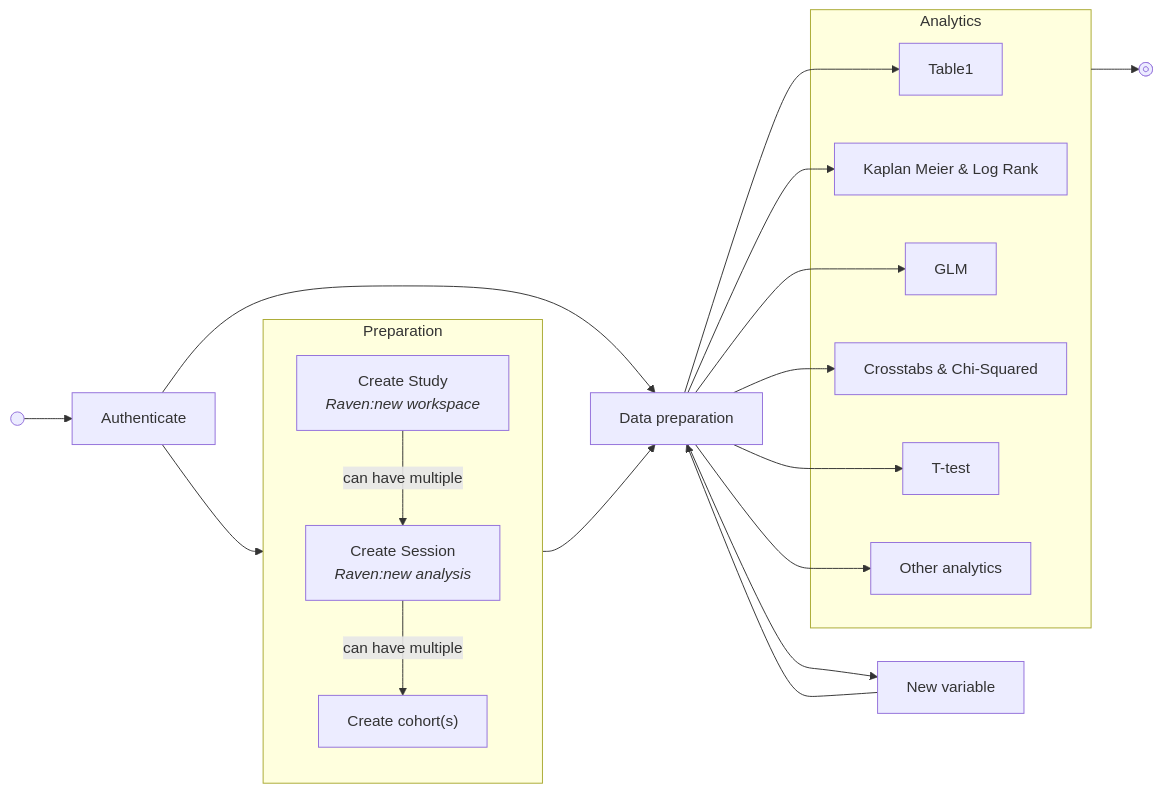
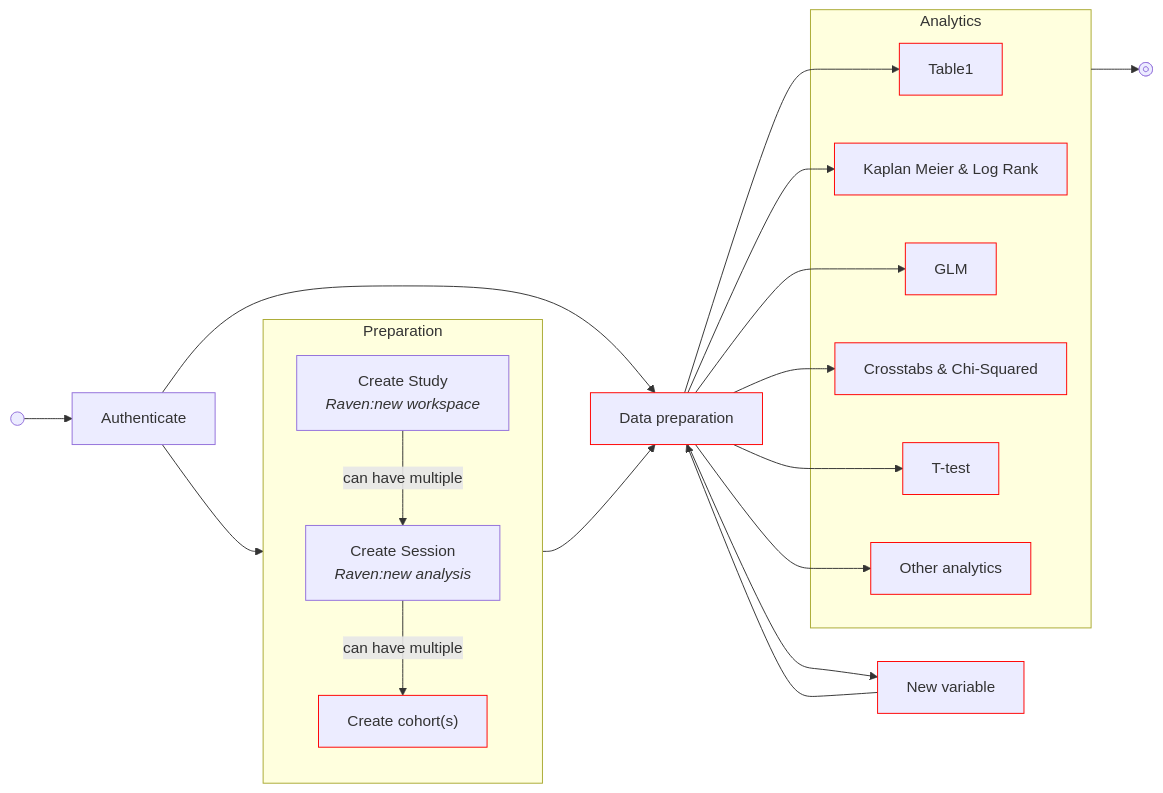
One commit to IKNL/idea4rc-vantage6-algorithms changed the first of 2 diagrams in deliverables/README.md. Above: the diagram before and after it, drawn with Mermaid.

Commit message:
Accented vantage6 tasks in the documentation graphs

````diff
--- a/deliverables/README.md
+++ b/deliverables/README.md
@@ -14,49 +14,52 @@
 ```mermaid
 flowchart LR
+
+classDef task stroke:#f00
 
 start@{ shape: sm-circ, label: "Start" }
 stop@{ shape: framed-circle, label: "Stop" }
 authentication@{label: "Authenticate"}
 study@{label: "Create Study\n*Raven:new workspace*"}
 session@{label: "Create Session\n*Raven:new analysis*"}
 cohort@{label: "Create cohort(s)"}
 summary@{label: "Data preparation"}
 table1@{label: "Table1"}
 km@{label: "Kaplan Meier & Log Rank"}
 glm@{label: "GLM"}
 crosstabs@{label: "Crosstabs & Chi-Squared"}
 t-test@{label: "T-test"}
 other@{label: "Other analytics"}
+variable@{label: "New variable"}
 
-variable@{label: "New variable"}
+class variable,summary,cohort,crosstabs,glm,t-test,other,table1,km task
 
 start --> authentication
 authentication --> Preparation
 subgraph Preparation
  study -- "can have multiple" --> session
  session -- "can have multiple" --> cohort
 end
 authentication --> summary
 Preparation --> summary
 
 summary --> variable
 variable --> summary
 
 subgraph Analytics
     table1
     km
     glm
     crosstabs
     t-test
     other
 end
 summary --> table1 
 summary --> km
 summary --> glm
 summary --> crosstabs
 summary --> t-test
 summary --> other
 
 Analytics --> stop
 
 ```
````
